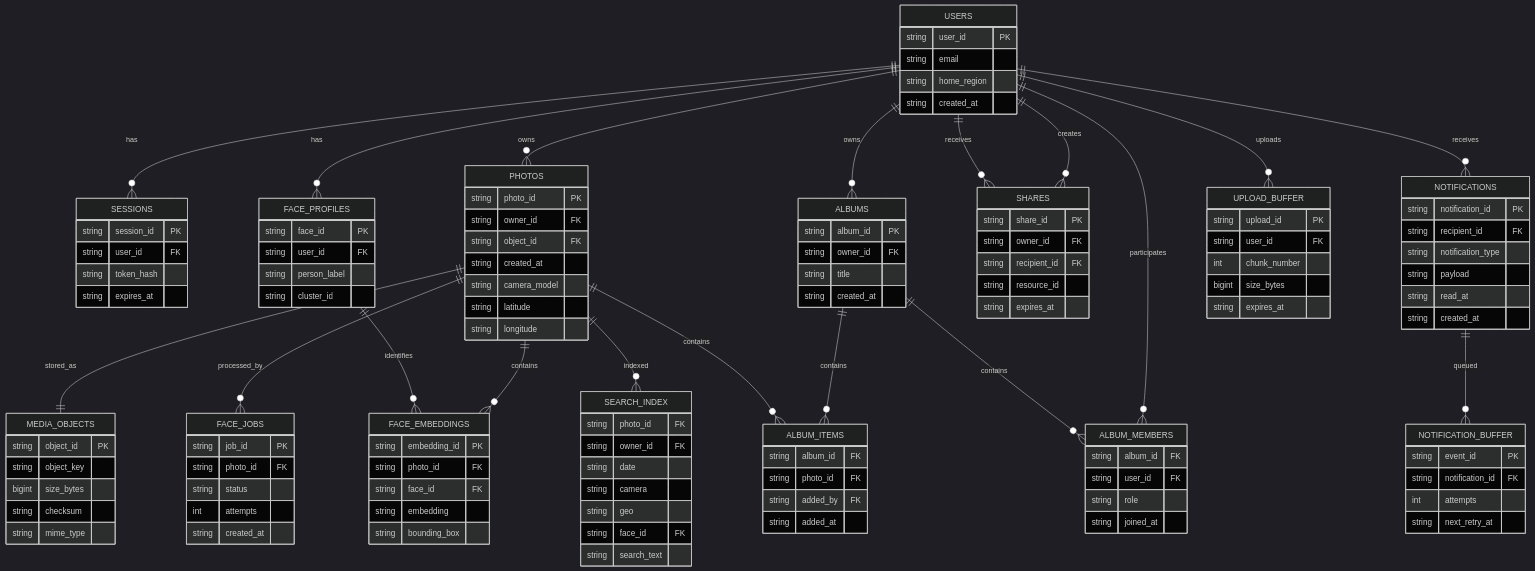
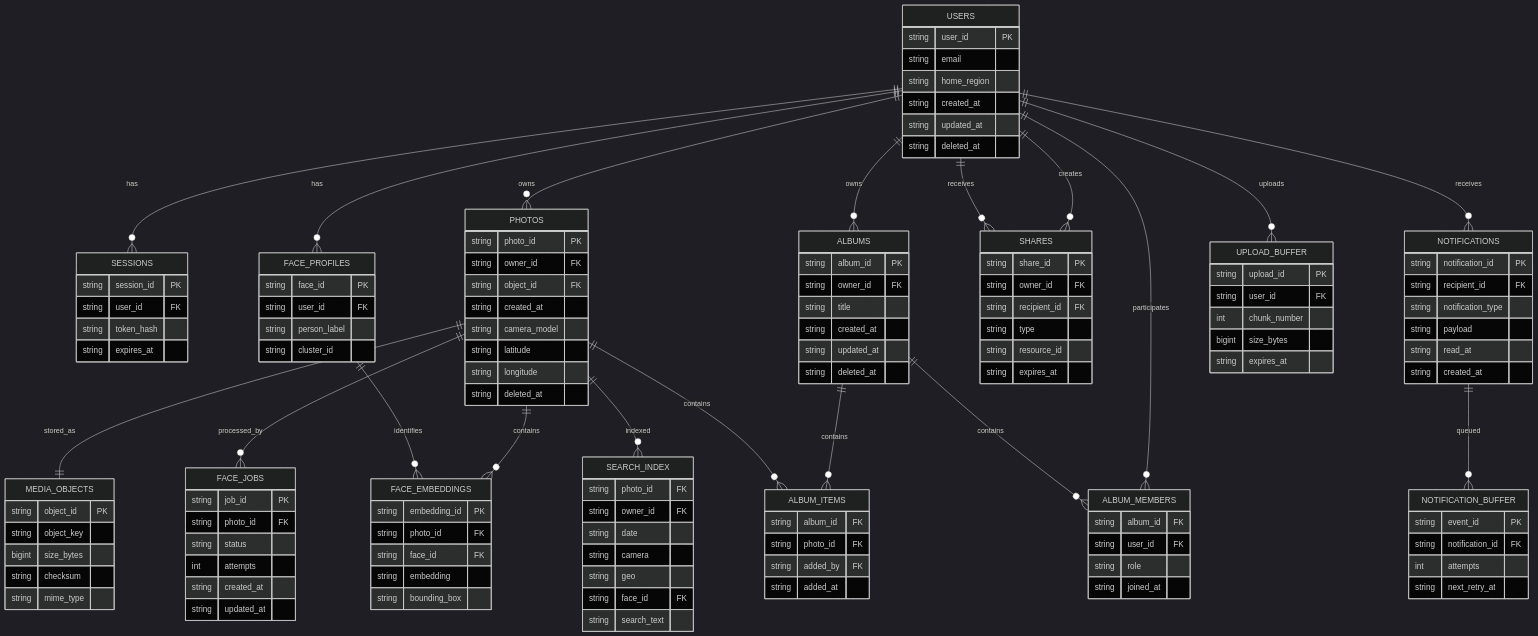
One commit to SharkyJunior/VK-Highload-Coursework changed the fifth of 6 diagrams in README.md. Above: the diagram before and after it, drawn with Mermaid (dark theme). The commit also changed other lines of this file, not shown here.

Commit message:
HW5: added deleted_at, updated_at fields

```diff
--- a/README.md
+++ b/README.md
@@ -615,6 +615,8 @@
         string email
         string home_region
         string created_at
+        string updated_at
+        string deleted_at
     }
 
     SESSIONS {
@@ -632,6 +634,7 @@
         string camera_model
         string latitude
         string longitude
+        string deleted_at
     }
 
     MEDIA_OBJECTS {
@@ -663,6 +666,7 @@
         string status
         int attempts
         string created_at
+        string updated_at
     }
 
     ALBUMS {
@@ -670,6 +674,8 @@
         string owner_id FK
         string title
         string created_at
+        string updated_at
+        string deleted_at
     }
 
     ALBUM_MEMBERS {
@@ -690,6 +696,7 @@
         string share_id PK
         string owner_id FK
         string recipient_id FK
+        string type
         string resource_id
         string expires_at
     }
```
